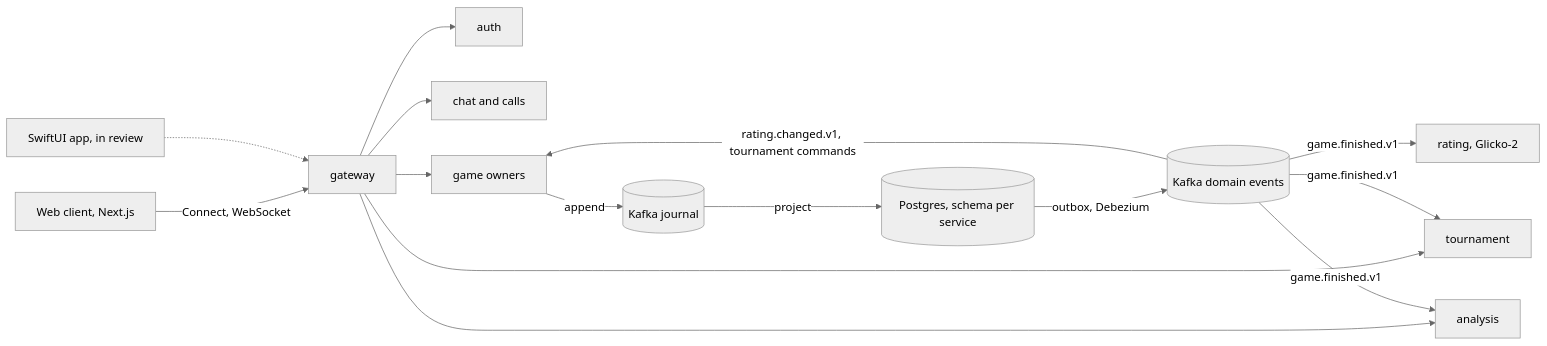
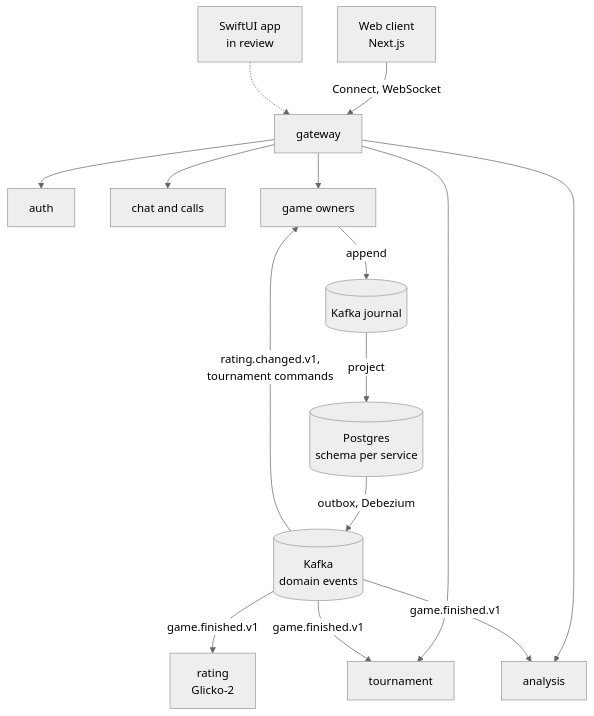
One commit to Bvivg/axon changed the diagram in README.md. Above: the diagram before and after it, drawn with Mermaid (neutral theme). The commit also changed 1 other file, not shown here.

Commit message:
docs: make the architecture diagrams readable at page width

````diff
--- a/README.md
+++ b/README.md
@@ -48,17 +48,17 @@
 ```mermaid
-flowchart LR
-  web["Web client, Next.js"] -->|"Connect, WebSocket"| gw["gateway"]
-  app["SwiftUI app, in review"] -.-> gw
+flowchart TB
+  web["Web client<br/>Next.js"] -->|"Connect, WebSocket"| gw["gateway"]
+  app["SwiftUI app<br/>in review"] -.-> gw
   gw --> auth["auth"]
   gw --> chat["chat and calls"]
   gw --> game["game owners"]
   gw --> tour["tournament"]
   gw --> ana["analysis"]
   game -->|"append"| journal[("Kafka journal")]
-  journal -->|"project"| pg[("Postgres, schema per service")]
-  pg -->|"outbox, Debezium"| bus[("Kafka domain events")]
-  bus -->|"game.finished.v1"| rating["rating, Glicko-2"]
+  journal -->|"project"| pg[("Postgres<br/>schema per service")]
+  pg -->|"outbox, Debezium"| bus[("Kafka<br/>domain events")]
+  bus -->|"game.finished.v1"| rating["rating<br/>Glicko-2"]
   bus -->|"game.finished.v1"| ana
   bus -->|"game.finished.v1"| tour
-  bus -->|"rating.changed.v1, tournament commands"| game
+  bus -->|"rating.changed.v1,<br/>tournament commands"| game
 ```
````
